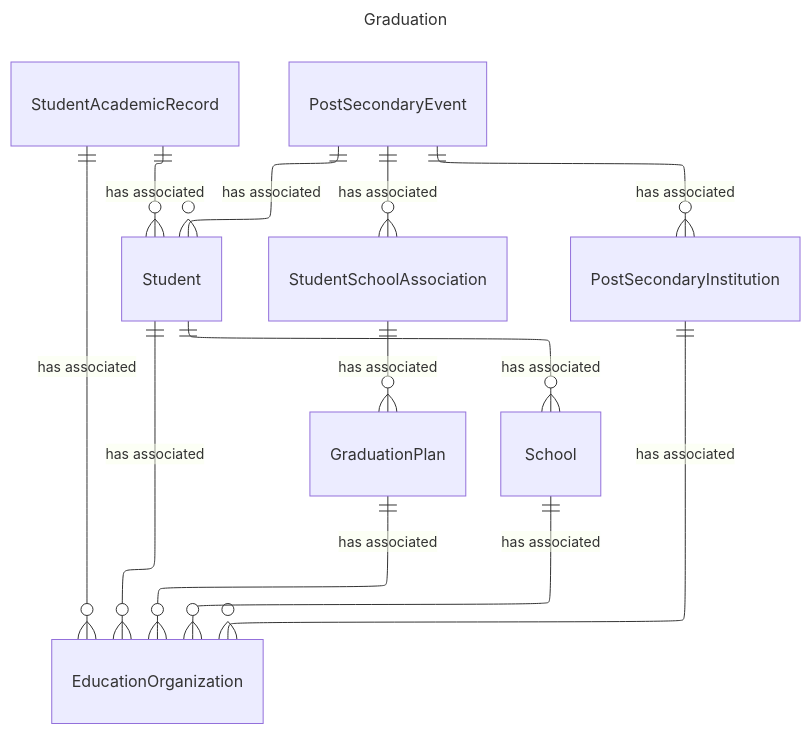
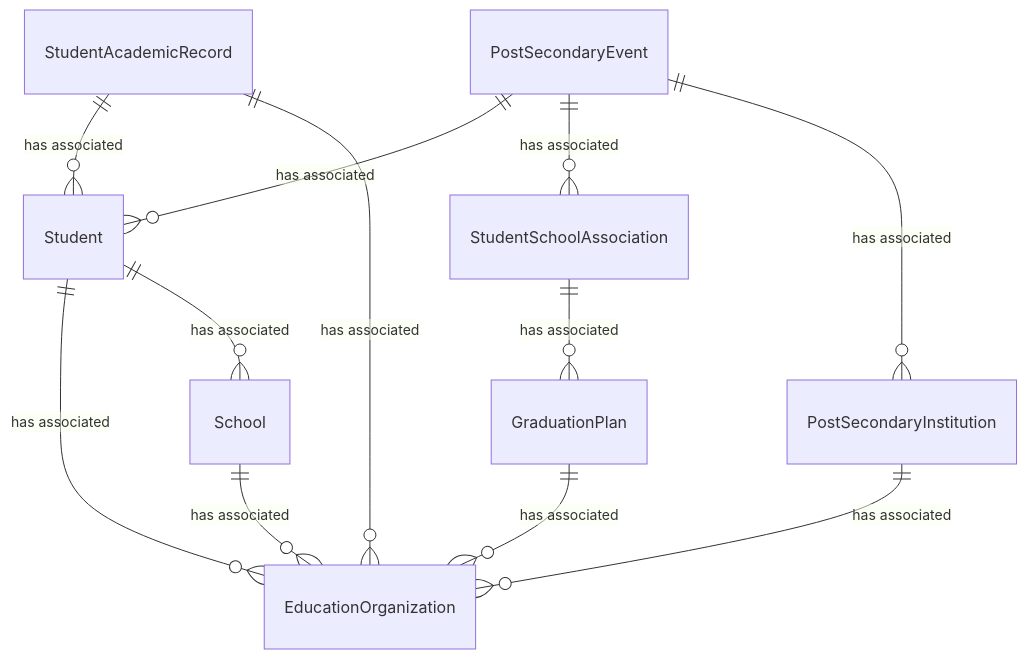
One commit to Ed-Fi-Alliance-OSS/ed-fi-alliance-oss.github.io changed the diagram in dataStandard_versioned_docs/version-6/model-reference/graduation-domain/Graduation-simple.mmd. Above: the diagram before and after it, drawn with Mermaid. The commit also changed 132 other files, not shown here.

```diff
--- a/dataStandard_versioned_docs/version-6/model-reference/graduation-domain/Graduation-simple.mmd
+++ b/dataStandard_versioned_docs/version-6/model-reference/graduation-domain/Graduation-simple.mmd
@@ -1,33 +1,28 @@
----
-title: Graduation
-config:
-  layout: elk
----
 erDiagram
     Student {
     }
     StudentSchoolAssociation {
     }
     StudentAcademicRecord {
     }
     GraduationPlan {
     }
     PostSecondaryEvent {
     }
     PostSecondaryInstitution {
     }
     EducationOrganization {
     }
     School {
     }
     Student ||--o{ EducationOrganization : "has associated"
     Student ||--o{ School : "has associated"
     StudentSchoolAssociation ||--o{ GraduationPlan : "has associated"
     StudentAcademicRecord ||--o{ Student : "has associated"
     StudentAcademicRecord ||--o{ EducationOrganization : "has associated"
     GraduationPlan ||--o{ EducationOrganization : "has associated"
     PostSecondaryEvent ||--o{ Student : "has associated"
     PostSecondaryEvent ||--o{ StudentSchoolAssociation : "has associated"
     PostSecondaryEvent ||--o{ PostSecondaryInstitution : "has associated"
     PostSecondaryInstitution ||--o{ EducationOrganization : "has associated"
     School ||--o{ EducationOrganization : "has associated"
```
